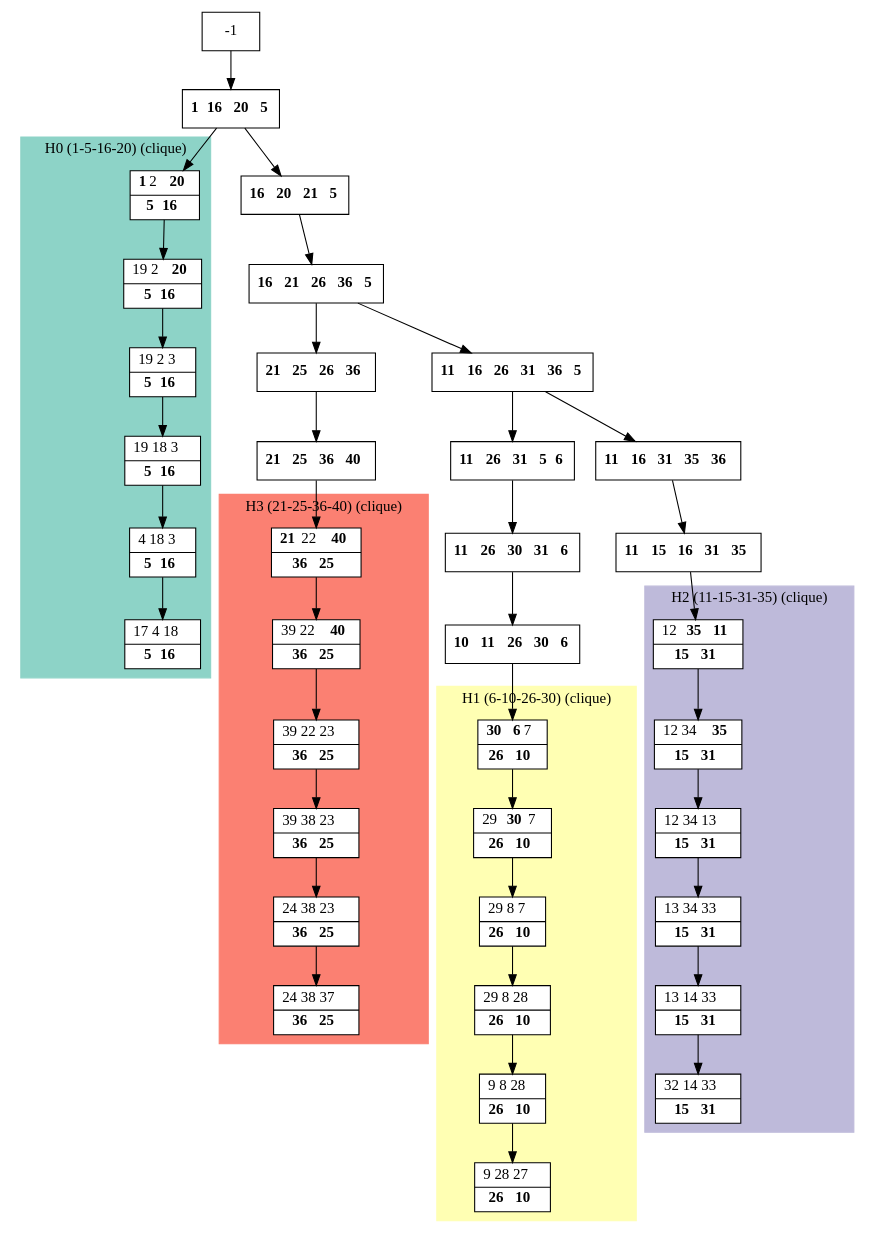
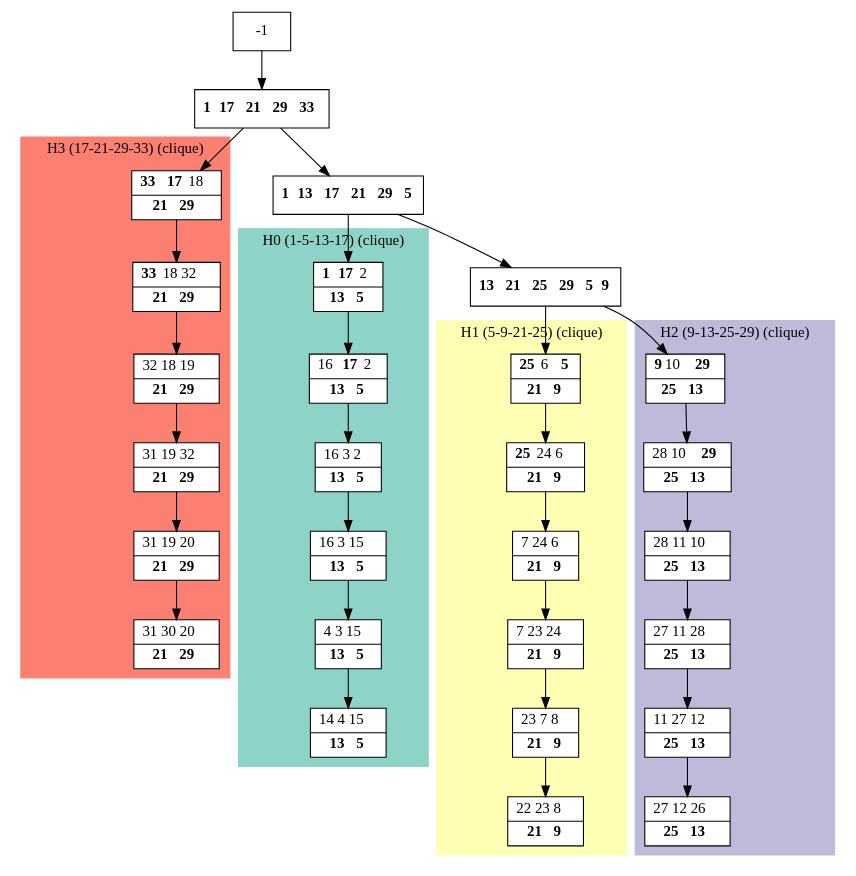
The diagram in results/dot_files/processed_M.dot (bmarchand/auto-dp), drawn with Graphviz before and after one commit. The commit also changed 188 other files, not shown here.

```diff
--- a/results/dot_files/processed_M.dot
+++ b/results/dot_files/processed_M.dot
@@ -1,85 +1,69 @@
 digraph G {
     node [shape=box];
     subgraph cluster0 {
         node [style=filled,fillcolor=white];
         labeljust="l";
         style=filled;
         color="#8DD3C7";
         H0_0 -> H0_1 -> H0_2 -> H0_3 -> H0_4 -> H0_5;
-        label="H0 (1-5-16-20) (clique)";
+        label="H0 (1-5-13-17) (clique)";
     }
     subgraph cluster1 {
         node [style=filled,fillcolor=white];
         labeljust="l";
         style=filled;
         color="#FFFFB3";
         H1_0 -> H1_1 -> H1_2 -> H1_3 -> H1_4 -> H1_5;
-        label="H1 (6-10-26-30) (clique)";
+        label="H1 (5-9-21-25) (clique)";
     }
     subgraph cluster2 {
         node [style=filled,fillcolor=white];
         labeljust="l";
         style=filled;
         color="#BEBADA";
         H2_0 -> H2_1 -> H2_2 -> H2_3 -> H2_4 -> H2_5;
-        label="H2 (11-15-31-35) (clique)";
+        label="H2 (9-13-25-29) (clique)";
     }
     subgraph cluster3 {
         node [style=filled,fillcolor=white];
         labeljust="l";
         style=filled;
         color="#FB8072";
         H3_0 -> H3_1 -> H3_2 -> H3_3 -> H3_4 -> H3_5;
-        label="H3 (21-25-36-40) (clique)";
+        label="H3 (17-21-29-33) (clique)";
     }
-     1 [shape=record,label= <{ <b>1</b> <b>16</b> <b>20</b> <b>5</b>}> ];
+     1 [shape=record,label= <{ <b>1</b> <b>17</b> <b>21</b> <b>29</b> <b>33</b>}> ];
      -1  ->  1;
-     H0_0 [shape=record,label= <{ <b>1</b> 2 <b>20</b>|  <b>5</b> <b>16</b>}> ];
-     1  ->  H0_0;
-     H0_1 [shape=record,label= <{ 19 2 <b>20</b>|  <b>5</b> <b>16</b>}> ];
-     H0_2 [shape=record,label= <{ 19 2 3|  <b>5</b> <b>16</b>}> ];
-     H0_3 [shape=record,label= <{ 19 18 3|  <b>5</b> <b>16</b>}> ];
-     H0_4 [shape=record,label= <{ 4 18 3|  <b>5</b> <b>16</b>}> ];
-     H0_5 [shape=record,label= <{ 17 4 18|  <b>5</b> <b>16</b>}> ];
-     28 [shape=record,label= <{ <b>16</b> <b>20</b> <b>21</b> <b>5</b>}> ];
-     1  ->  28;
-     27 [shape=record,label= <{ <b>16</b> <b>21</b> <b>26</b> <b>36</b> <b>5</b>}> ];
-     28  ->  27;
-     18 [shape=record,label= <{ <b>11</b> <b>16</b> <b>26</b> <b>31</b> <b>36</b> <b>5</b>}> ];
-     27  ->  18;
-     9 [shape=record,label= <{ <b>11</b> <b>26</b> <b>31</b> <b>5</b> <b>6</b>}> ];
-     18  ->  9;
-     10 [shape=record,label= <{ <b>11</b> <b>26</b> <b>30</b> <b>31</b> <b>6</b>}> ];
-     9  ->  10;
-     11 [shape=record,label= <{ <b>10</b> <b>11</b> <b>26</b> <b>30</b> <b>6</b>}> ];
-     10  ->  11;
-     H1_0 [shape=record,label= <{ <b>30</b> <b>6</b> 7|  <b>26</b> <b>10</b>}> ];
-     11  ->  H1_0;
-     H1_1 [shape=record,label= <{ 29 <b>30</b> 7|  <b>26</b> <b>10</b>}> ];
-     H1_2 [shape=record,label= <{ 29 8 7|  <b>26</b> <b>10</b>}> ];
-     H1_3 [shape=record,label= <{ 29 8 28|  <b>26</b> <b>10</b>}> ];
-     H1_4 [shape=record,label= <{ 9 8 28|  <b>26</b> <b>10</b>}> ];
-     H1_5 [shape=record,label= <{ 9 28 27|  <b>26</b> <b>10</b>}> ];
-     19 [shape=record,label= <{ <b>11</b> <b>16</b> <b>31</b> <b>35</b> <b>36</b>}> ];
-     18  ->  19;
-     20 [shape=record,label= <{ <b>11</b> <b>15</b> <b>16</b> <b>31</b> <b>35</b>}> ];
-     19  ->  20;
-     H2_0 [shape=record,label= <{ 12 <b>35</b> <b>11</b>|  <b>15</b> <b>31</b>}> ];
-     20  ->  H2_0;
-     H2_1 [shape=record,label= <{ 12 34 <b>35</b>|  <b>15</b> <b>31</b>}> ];
-     H2_2 [shape=record,label= <{ 12 34 13|  <b>15</b> <b>31</b>}> ];
-     H2_3 [shape=record,label= <{ 13 34 33|  <b>15</b> <b>31</b>}> ];
-     H2_4 [shape=record,label= <{ 13 14 33|  <b>15</b> <b>31</b>}> ];
-     H2_5 [shape=record,label= <{ 32 14 33|  <b>15</b> <b>31</b>}> ];
-     29 [shape=record,label= <{ <b>21</b> <b>25</b> <b>26</b> <b>36</b>}> ];
-     27  ->  29;
-     31 [shape=record,label= <{ <b>21</b> <b>25</b> <b>36</b> <b>40</b>}> ];
-     29  ->  31;
-     H3_0 [shape=record,label= <{ <b>21</b> 22 <b>40</b>|  <b>36</b> <b>25</b>}> ];
-     31  ->  H3_0;
-     H3_1 [shape=record,label= <{ 39 22 <b>40</b>|  <b>36</b> <b>25</b>}> ];
-     H3_2 [shape=record,label= <{ 39 22 23|  <b>36</b> <b>25</b>}> ];
-     H3_3 [shape=record,label= <{ 39 38 23|  <b>36</b> <b>25</b>}> ];
-     H3_4 [shape=record,label= <{ 24 38 23|  <b>36</b> <b>25</b>}> ];
-     H3_5 [shape=record,label= <{ 24 38 37|  <b>36</b> <b>25</b>}> ];
+     H3_0 [shape=record,label= <{ <b>33</b> <b>17</b> 18|  <b>21</b> <b>29</b>}> ];
+     1  ->  H3_0;
+     H3_1 [shape=record,label= <{ <b>33</b> 18 32|  <b>21</b> <b>29</b>}> ];
+     H3_2 [shape=record,label= <{ 32 18 19|  <b>21</b> <b>29</b>}> ];
+     H3_3 [shape=record,label= <{ 31 19 32|  <b>21</b> <b>29</b>}> ];
+     H3_4 [shape=record,label= <{ 31 19 20|  <b>21</b> <b>29</b>}> ];
+     H3_5 [shape=record,label= <{ 31 30 20|  <b>21</b> <b>29</b>}> ];
+     3 [shape=record,label= <{ <b>1</b> <b>13</b> <b>17</b> <b>21</b> <b>29</b> <b>5</b>}> ];
+     1  ->  3;
+     6 [shape=record,label= <{ <b>13</b> <b>21</b> <b>25</b> <b>29</b> <b>5</b> <b>9</b>}> ];
+     3  ->  6;
+     H1_0 [shape=record,label= <{ <b>25</b> 6 <b>5</b>|  <b>21</b> <b>9</b>}> ];
+     6  ->  H1_0;
+     H1_1 [shape=record,label= <{ <b>25</b> 24 6|  <b>21</b> <b>9</b>}> ];
+     H1_2 [shape=record,label= <{ 7 24 6|  <b>21</b> <b>9</b>}> ];
+     H1_3 [shape=record,label= <{ 7 23 24|  <b>21</b> <b>9</b>}> ];
+     H1_4 [shape=record,label= <{ 23 7 8|  <b>21</b> <b>9</b>}> ];
+     H1_5 [shape=record,label= <{ 22 23 8|  <b>21</b> <b>9</b>}> ];
+     H2_0 [shape=record,label= <{ <b>9</b> 10 <b>29</b>|  <b>25</b> <b>13</b>}> ];
+     6  ->  H2_0;
+     H2_1 [shape=record,label= <{ 28 10 <b>29</b>|  <b>25</b> <b>13</b>}> ];
+     H2_2 [shape=record,label= <{ 28 11 10|  <b>25</b> <b>13</b>}> ];
+     H2_3 [shape=record,label= <{ 27 11 28|  <b>25</b> <b>13</b>}> ];
+     H2_4 [shape=record,label= <{ 11 27 12|  <b>25</b> <b>13</b>}> ];
+     H2_5 [shape=record,label= <{ 27 12 26|  <b>25</b> <b>13</b>}> ];
+     H0_0 [shape=record,label= <{ <b>1</b> <b>17</b> 2|  <b>13</b> <b>5</b>}> ];
+     3  ->  H0_0;
+     H0_1 [shape=record,label= <{ 16 <b>17</b> 2|  <b>13</b> <b>5</b>}> ];
+     H0_2 [shape=record,label= <{ 16 3 2|  <b>13</b> <b>5</b>}> ];
+     H0_3 [shape=record,label= <{ 16 3 15|  <b>13</b> <b>5</b>}> ];
+     H0_4 [shape=record,label= <{ 4 3 15|  <b>13</b> <b>5</b>}> ];
+     H0_5 [shape=record,label= <{ 14 4 15|  <b>13</b> <b>5</b>}> ];
 }
```
